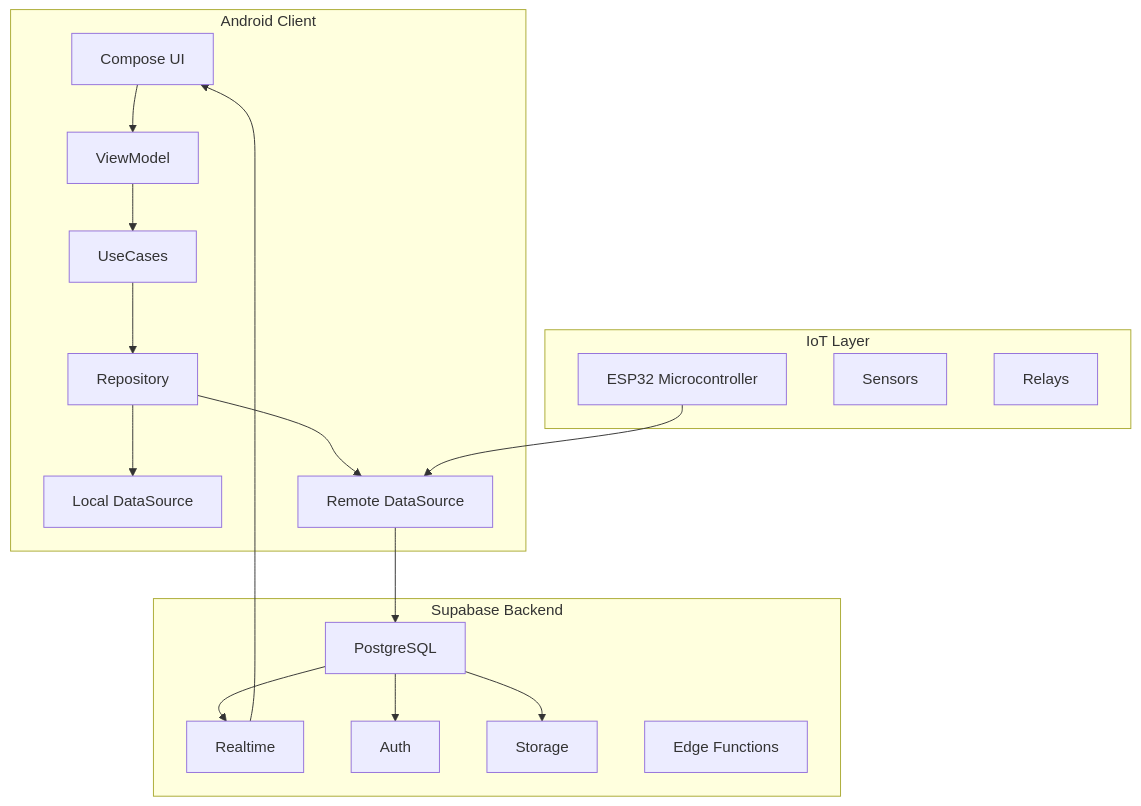
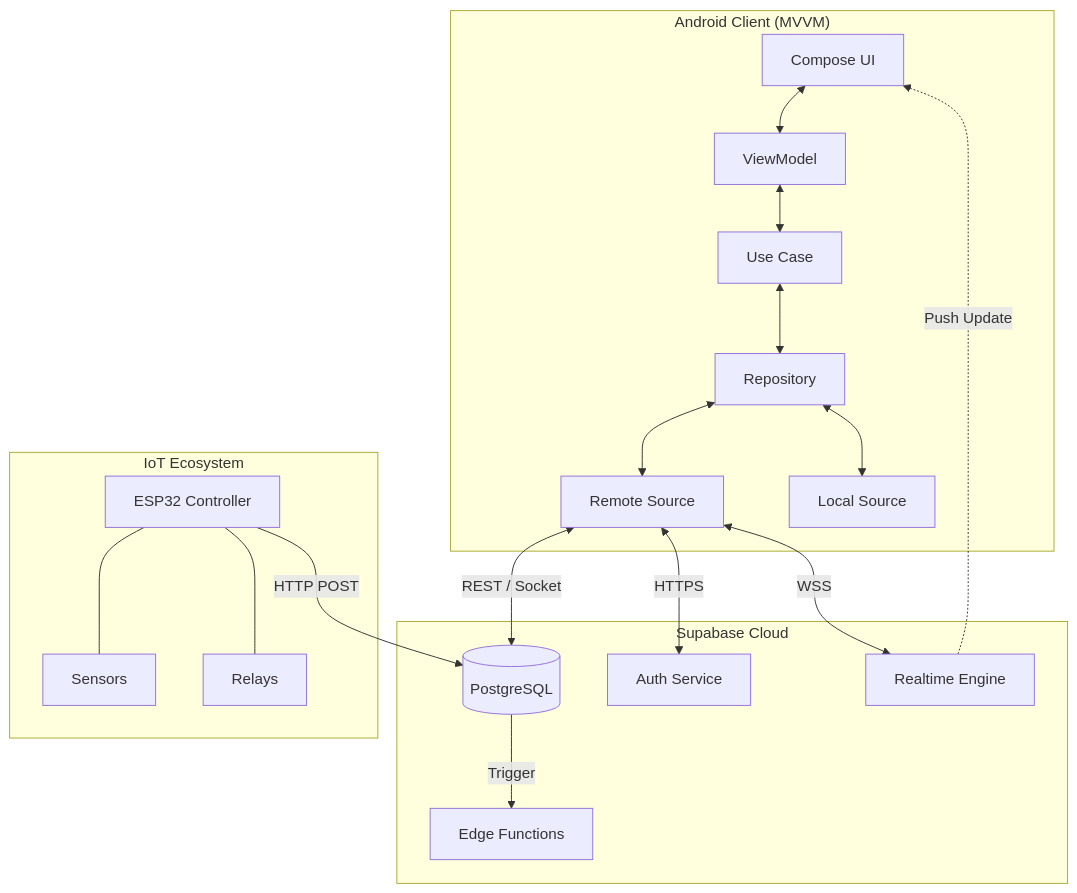
Before and after one commit to HaritsDetya/Melon_Monitoring_and_Automation: the diagram in docs/ARCHITECTURE.md, drawn with Mermaid. The commit also changed other lines of this file and 4 other files, not shown here.

````diff
--- a/docs/ARCHITECTURE.md
+++ b/docs/ARCHITECTURE.md
@@ -32,27 +30,35 @@
 ```mermaid
 graph TB
-    subgraph "Android Client"
-        A[Compose UI] --> B[ViewModel]
-        B --> C[UseCases]
-        C --> D[Repository]
-        D --> E[Local DataSource]
-        D --> F[Remote DataSource]
+    subgraph "Android Client (MVVM)"
+        UI[Compose UI] <--> VM[ViewModel]
+        VM <--> UC[Use Case]
+        UC <--> REPO[Repository]
+        REPO <--> REMOTE[Remote Source]
+        REPO <--> LOCAL[Local Source]
     end
     
-    subgraph "Supabase Backend"
-        G[PostgreSQL] --> H[Realtime]
-        G --> I[Auth]
-        G --> J[Storage]
-        K[Edge Functions]
+    subgraph "Supabase Cloud"
+        DB[(PostgreSQL)]
+        AUTH[Auth Service]
+        RT[Realtime Engine]
+        FUNC[Edge Functions]
     end
     
-    subgraph "IoT Layer"
-        L[ESP32 Microcontroller]
-        M[Sensors]
-        N[Relays]
+    subgraph "IoT Ecosystem"
+        MCU[ESP32 Controller]
+        SENSOR[Sensors]
+        RELAY[Relays]
     end
     
-    F --> G
-    L --> F
-    H --> A
+    %% Connections
+    REMOTE <-->|REST / Socket| DB
+    REMOTE <-->|HTTPS| AUTH
+    REMOTE <-->|WSS| RT
+    
+    MCU -->|HTTP POST| DB
+    DB -->|Trigger| FUNC
+    RT -.->|Push Update| UI
+    
+    MCU --- SENSOR
+    MCU --- RELAY
 ```
````
